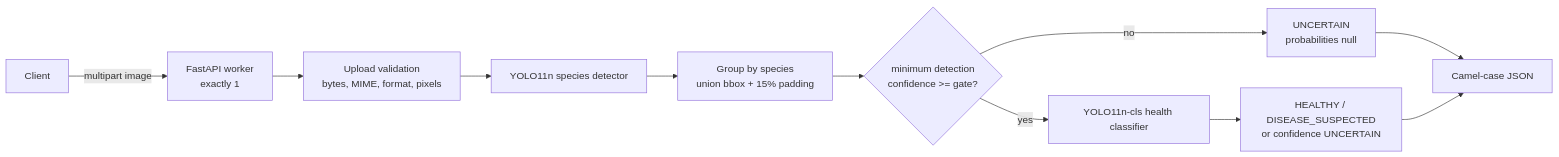
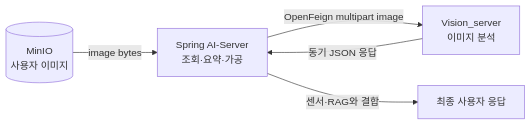
The first of 4 diagrams in docs/ARCHITECTURE.md (nhnacademy-aiot3-yes-ai-do/Vision_server), drawn with Mermaid before and after one commit. The commit also changed other lines of this file and 99 other files, not shown here.

````diff
--- a/docs/ARCHITECTURE.md
+++ b/docs/ARCHITECTURE.md
@@ -20,13 +8,12 @@
 ```mermaid
 flowchart LR
-    C[Client] -->|multipart image| API[FastAPI worker<br/>exactly 1]
-    API --> V[Upload validation<br/>bytes, MIME, format, pixels]
-    V --> D[YOLO11n species detector]
-    D --> G[Group by species<br/>union bbox + 15% padding]
-    G --> Q{minimum detection<br/>confidence >= gate?}
-    Q -->|no| U[UNCERTAIN<br/>probabilities null]
-    Q -->|yes| H[YOLO11n-cls health classifier]
-    H --> R[HEALTHY / DISEASE_SUSPECTED<br/>or confidence UNCERTAIN]
-    U --> JSON[Camel-case JSON]
-    R --> JSON
+    M[(MinIO<br/>사용자 이미지)]
+    S[Spring AI-Server<br/>조회·요약·가공]
+    V[Vision_server<br/>이미지 분석]
+    U[최종 사용자 응답]
+
+    M -->|image bytes| S
+    S -->|OpenFeign multipart image| V
+    V -->|동기 JSON 응답| S
+    S -->|센서·RAG와 결합| U
 ```
````
